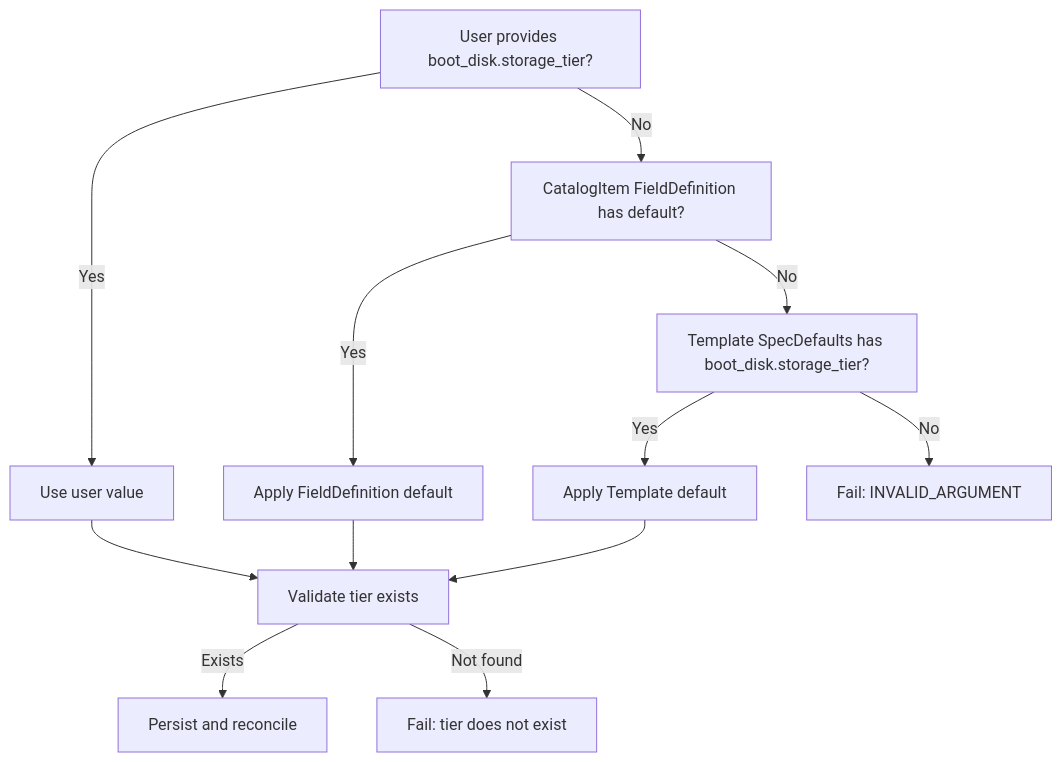
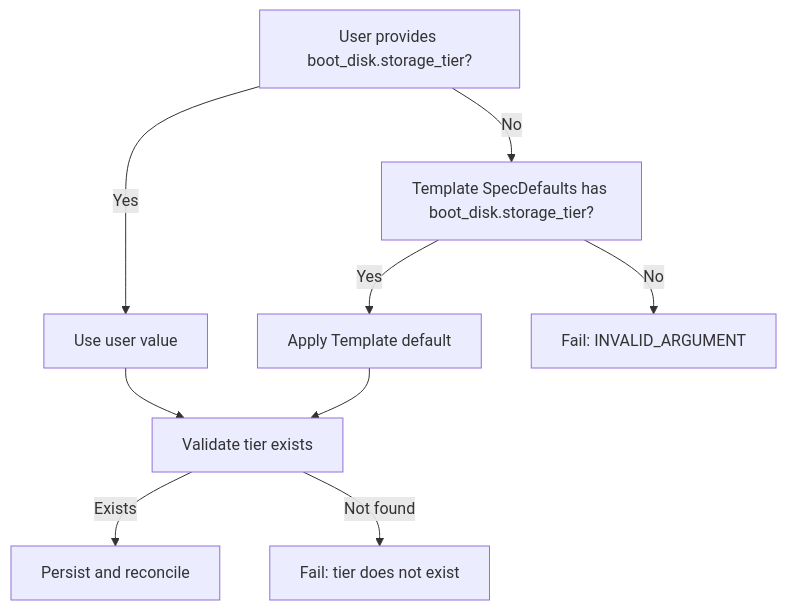
The second of 2 diagrams in enhancements/OSAC-1710-storage-tier-selection/design.md (osac-project/enhancement-proposals), drawn with Mermaid before and after one commit. The commit also changed other lines of this file and 11 other files, not shown here.

````diff
--- a/enhancements/OSAC-1710-storage-tier-selection/design.md
+++ b/enhancements/OSAC-1710-storage-tier-selection/design.md
@@ -433,14 +394,11 @@
 ```mermaid
 flowchart TD
     A[User provides boot_disk.storage_tier?] -->|Yes| B[Use user value]
-    A -->|No| C[CatalogItem FieldDefinition has default?]
-    C -->|Yes| D[Apply FieldDefinition default]
-    C -->|No| E[Template SpecDefaults has boot_disk.storage_tier?]
-    E -->|Yes| F[Apply Template default]
-    E -->|No| G[Fail: INVALID_ARGUMENT]
-    B --> H[Validate tier exists]
-    D --> H
-    F --> H
-    H -->|Exists| I[Persist and reconcile]
-    H -->|Not found| J[Fail: tier does not exist]
+    A -->|No| C[Template SpecDefaults has boot_disk.storage_tier?]
+    C -->|Yes| D[Apply Template default]
+    C -->|No| E[Fail: INVALID_ARGUMENT]
+    B --> F[Validate tier exists]
+    D --> F
+    F -->|Exists| G[Persist and reconcile]
+    F -->|Not found| H[Fail: tier does not exist]
 ```
````
